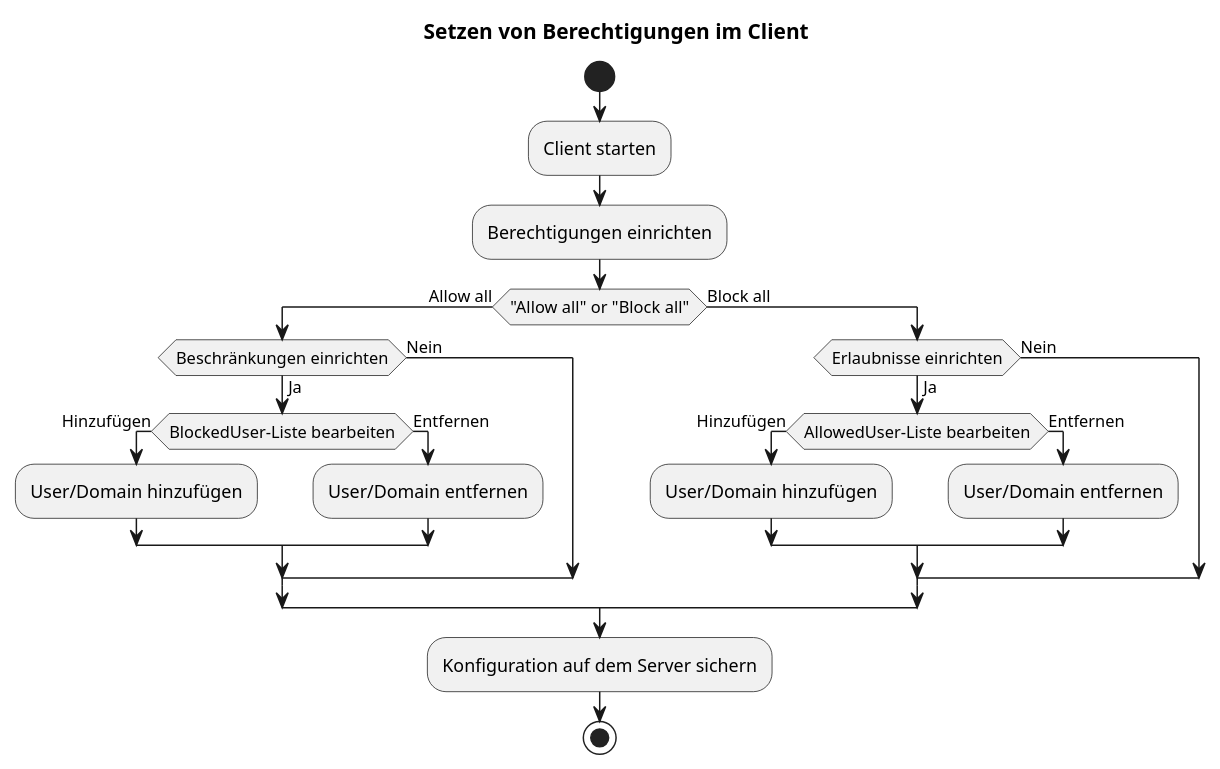
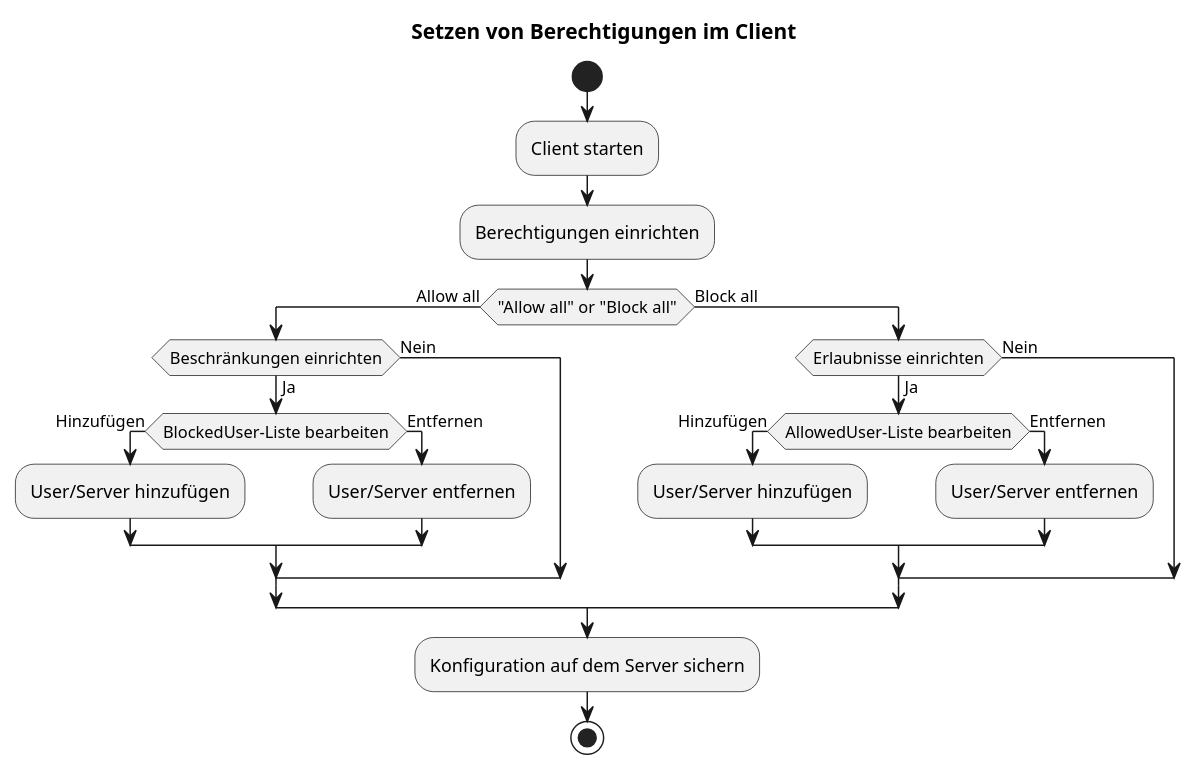
One commit to gematik/api-ti-messenger changed the diagram in src/images/TI-M_Basis/Berechtigungen_setzen.puml. Above: the diagram before and after it, drawn with PlantUML. The commit also changed 1 other file, not shown here.

Commit message:
Repalce domain with server in images

```diff
--- a/src/images/TI-M_Basis/Berechtigungen_setzen.puml
+++ b/src/images/TI-M_Basis/Berechtigungen_setzen.puml
@@ -1,30 +1,30 @@
 @startuml
 title Setzen von Berechtigungen im Client
 skinparam ConditionEndStyle hline
 start
 :Client starten;
 :Berechtigungen einrichten;
 
 if ("Allow all" or "Block all") then (Allow all)
   if(Beschränkungen einrichten) then (Ja)
     if(BlockedUser-Liste bearbeiten) then (Hinzufügen)
-    :User/Domain hinzufügen;
+    :User/Server hinzufügen;
     else (Entfernen)
-    :User/Domain entfernen;
+    :User/Server entfernen;
     endif
   else(Nein)
   endif
 else (Block all)
   if(Erlaubnisse einrichten) then (Ja)
     if(AllowedUser-Liste bearbeiten) then (Hinzufügen)
-    :User/Domain hinzufügen;
+    :User/Server hinzufügen;
     else (Entfernen)
-    :User/Domain entfernen;
+    :User/Server entfernen;
     endif
   else(Nein)
   endif
 endif
 :Konfiguration auf dem Server sichern;
 stop
 
 @enduml
```
